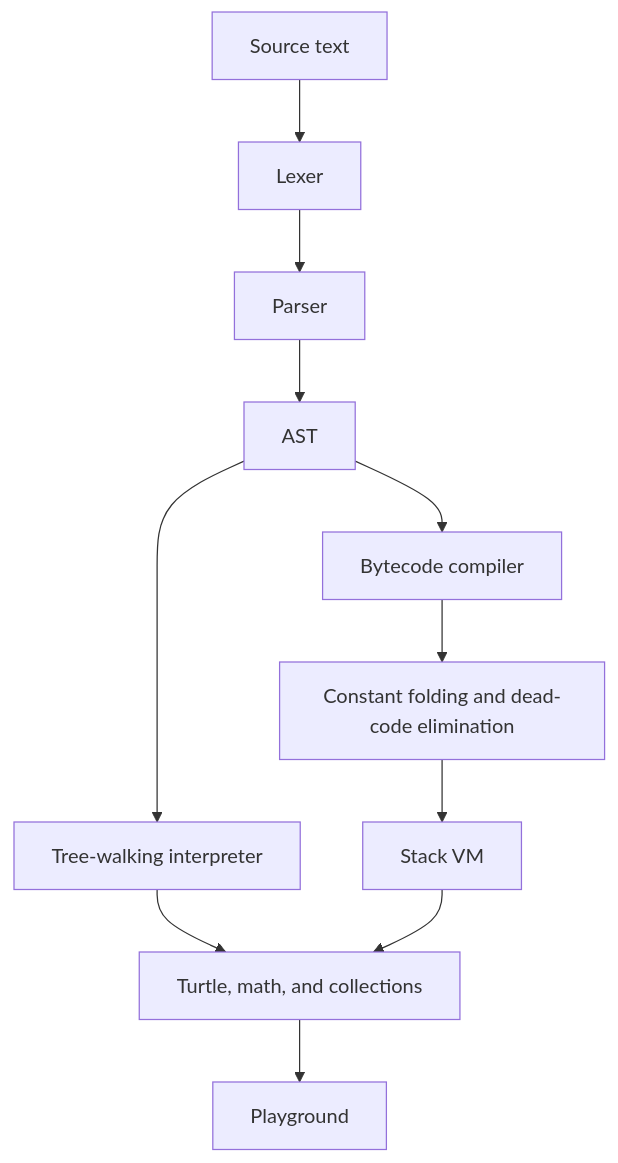
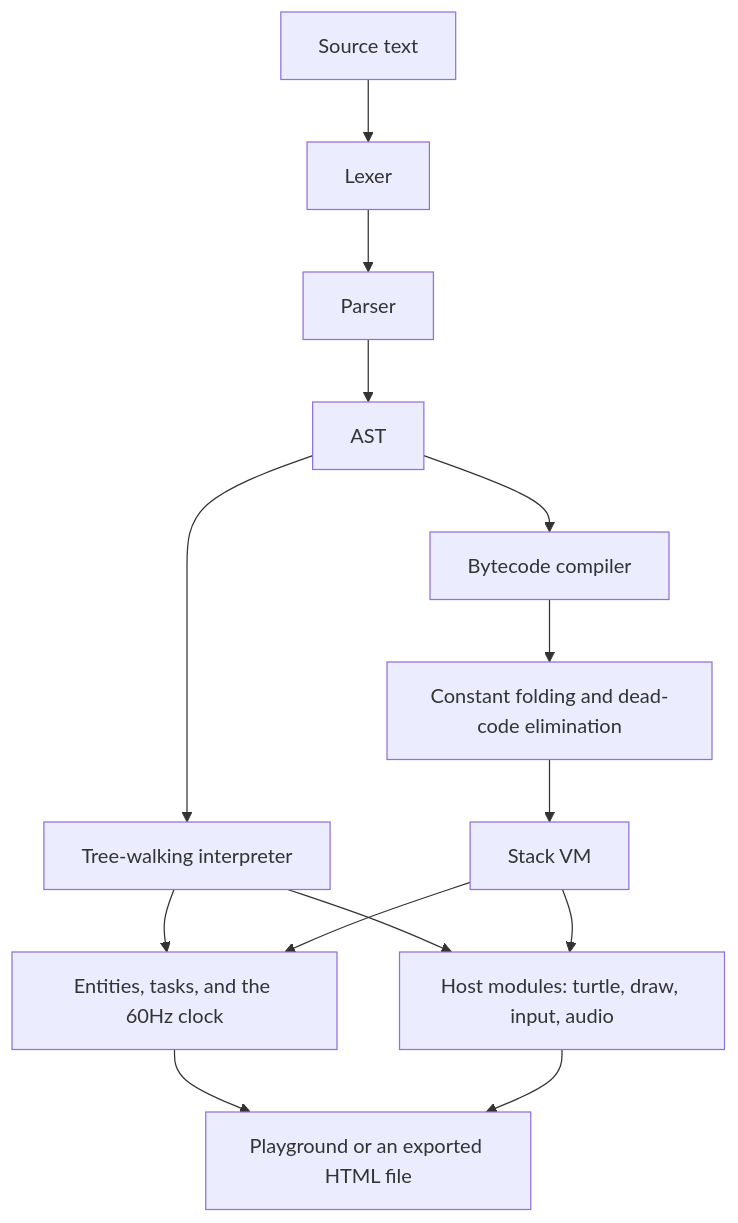
The diagram in README.md (yaubernice/spool), drawn with Mermaid before and after one commit. The commit also changed other lines of this file and 5 other files, not shown here.

````diff
--- a/README.md
+++ b/README.md
@@ -139,13 +210,16 @@
 ```mermaid
 flowchart TD
   source[Source text] --> lexer[Lexer]
   lexer --> parser[Parser]
   parser --> ast[AST]
   ast --> walker[Tree-walking interpreter]
   ast --> compiler[Bytecode compiler]
   compiler --> optimizer[Constant folding and dead-code elimination]
   optimizer --> vm[Stack VM]
-  walker --> host[Turtle, math, and collections]
+  walker --> world[Entities, tasks, and the 60Hz clock]
+  vm --> world
+  walker --> host[Host modules: turtle, draw, input, audio]
   vm --> host
-  host --> playground[Playground]
+  world --> page[Playground or an exported HTML file]
+  host --> page
 ```
````
